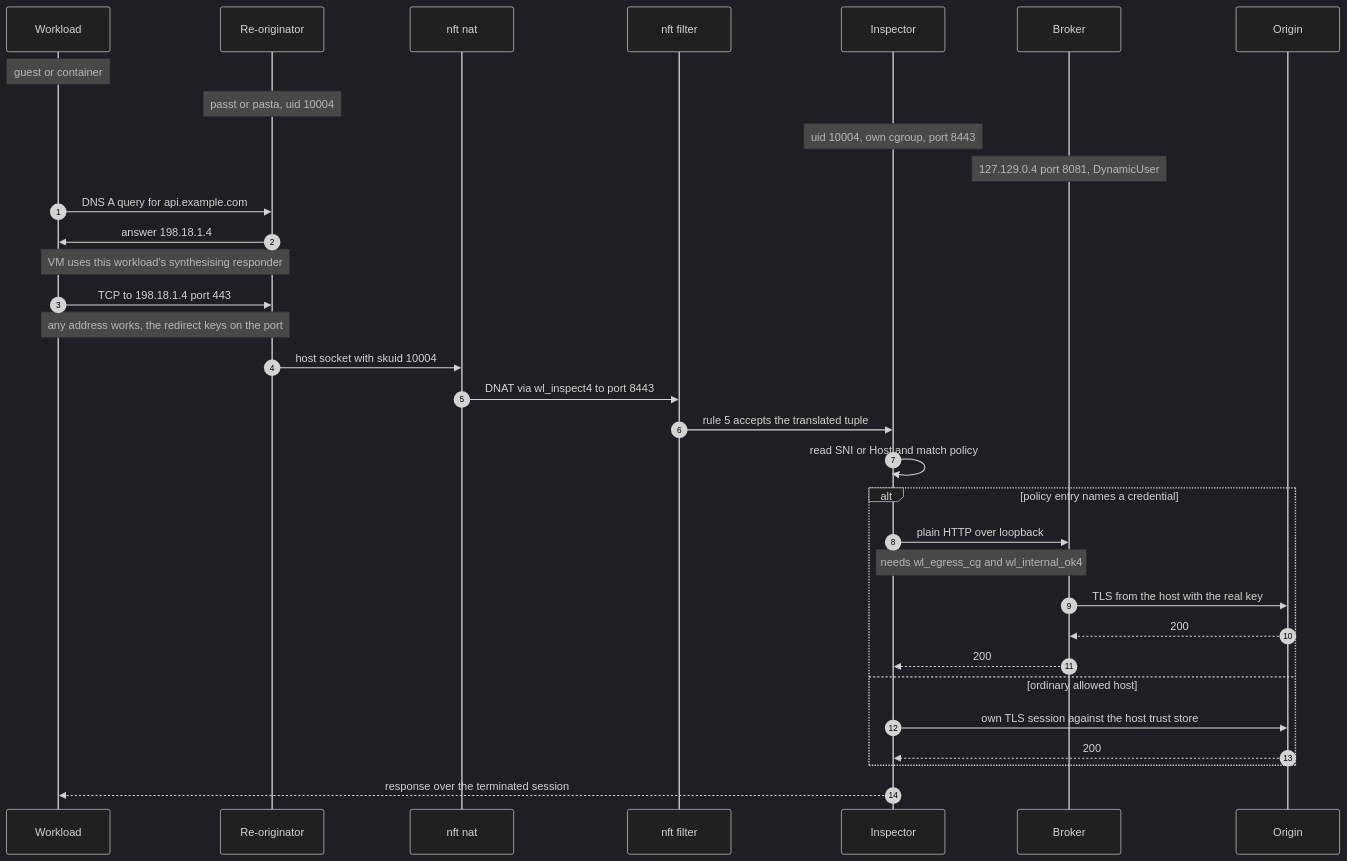
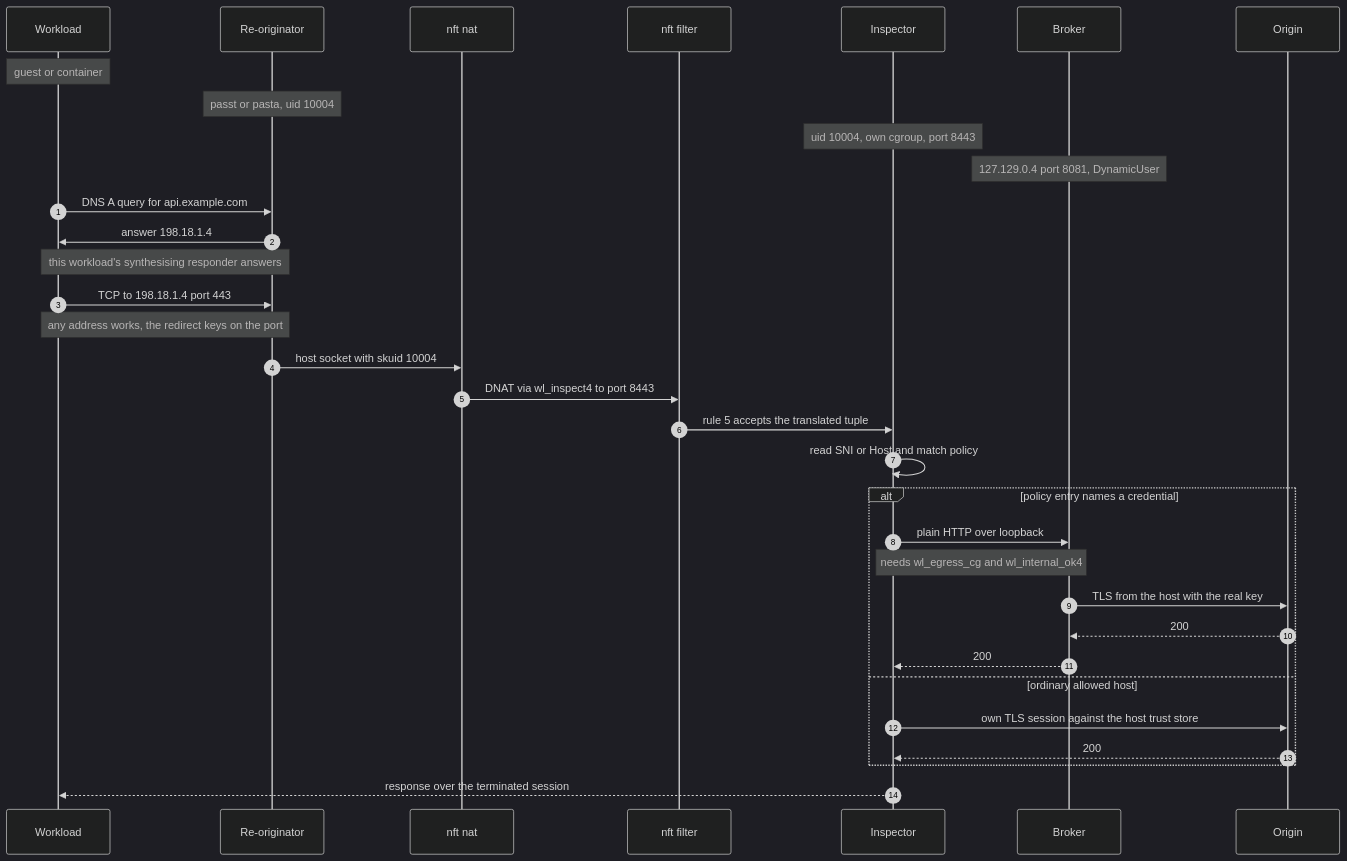
One commit to BenSmith/workloadctl changed the fourth of 7 diagrams in docs/egress-and-broker-architecture.md. Above: the diagram before and after it, drawn with Mermaid (dark theme). The commit also changed other lines of this file and 35 other files, not shown here.

````diff
--- a/docs/egress-and-broker-architecture.md
+++ b/docs/egress-and-broker-architecture.md
@@ -141,37 +141,37 @@
 ```mermaid
 sequenceDiagram
     autonumber
     participant W as Workload
     participant N as Re-originator
     participant NAT as nft nat
     participant F as nft filter
     participant I as Inspector
     participant B as Broker
     participant O as Origin
 
     Note over W: guest or container
     Note over N: passt or pasta, uid 10004
     Note over I: uid 10004, own cgroup, port 8443
     Note over B: 127.129.0.4 port 8081, DynamicUser
 
     W->>N: DNS A query for api.example.com
     N->>W: answer 198.18.1.4
-    Note over W,N: VM uses this workload's synthesising responder
+    Note over W,N: this workload's synthesising responder answers
     W->>N: TCP to 198.18.1.4 port 443
     Note over W,N: any address works, the redirect keys on the port
     N->>NAT: host socket with skuid 10004
     NAT->>F: DNAT via wl_inspect4 to port 8443
     F->>I: rule 5 accepts the translated tuple
     I->>I: read SNI or Host and match policy
     alt policy entry names a credential
         I->>B: plain HTTP over loopback
         Note over I,B: needs wl_egress_cg and wl_internal_ok4
         B->>O: TLS from the host with the real key
         O-->>B: 200
         B-->>I: 200
     else ordinary allowed host
         I->>O: own TLS session against the host trust store
         O-->>I: 200
     end
     I-->>W: response over the terminated session
 ```
````
